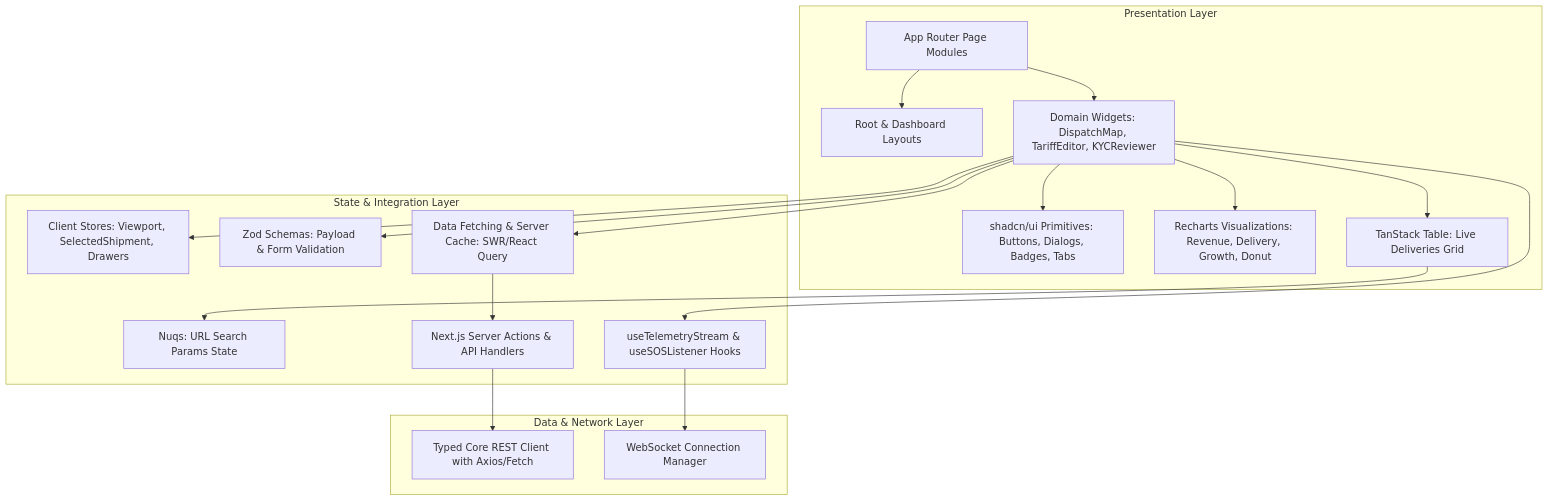
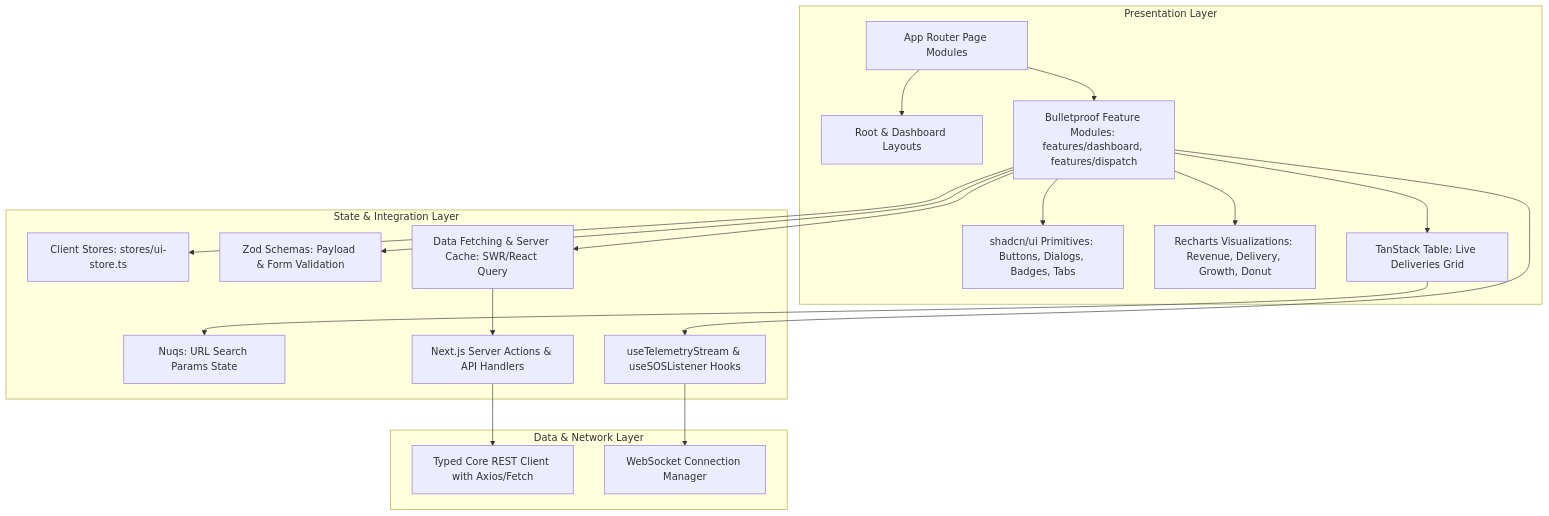
One commit to Racvest-Technology/racvest-admin changed the diagram in SYSTEM_DESIGN.md. Above: the diagram before and after it, drawn with Mermaid. The commit also changed other lines of this file and 28 other files, not shown here.

First line of the commit message:
Refactor project structure to adopt feature-first architecture

````diff
--- a/SYSTEM_DESIGN.md
+++ b/SYSTEM_DESIGN.md
@@ -214,39 +27,39 @@
 ```mermaid
 graph TD
     subgraph Presentation Layer
         Layouts[Root & Dashboard Layouts]
         Pages[App Router Page Modules]
-        Widgets[Domain Widgets: DispatchMap, TariffEditor, KYCReviewer]
+        Features[Bulletproof Feature Modules: features/dashboard, features/dispatch]
         ShadcnUI[shadcn/ui Primitives: Buttons, Dialogs, Badges, Tabs]
         Charts[Recharts Visualizations: Revenue, Delivery, Growth, Donut]
         DataGrid[TanStack Table: Live Deliveries Grid]
     end
 
     subgraph State & Integration Layer
-        ZustandStore[Client Stores: Viewport, SelectedShipment, Drawers]
+        ZustandStore[Client Stores: stores/ui-store.ts]
         NuqsAdapter[Nuqs: URL Search Params State]
         ZodValidator[Zod Schemas: Payload & Form Validation]
         TanStackQuery[Data Fetching & Server Cache: SWR/React Query]
         WSHook[useTelemetryStream & useSOSListener Hooks]
         ServerActions[Next.js Server Actions & API Handlers]
     end
 
     subgraph Data & Network Layer
         CoreClient[Typed Core REST Client with Axios/Fetch]
         TelemetrySocket[WebSocket Connection Manager]
     end
 
     Pages --> Layouts
-    Pages --> Widgets
-    Widgets --> ShadcnUI
-    Widgets --> Charts
-    Widgets --> DataGrid
+    Pages --> Features
+    Features --> ShadcnUI
+    Features --> Charts
+    Features --> DataGrid
     DataGrid --> NuqsAdapter
-    Widgets --> ZustandStore
-    Widgets --> TanStackQuery
-    Widgets --> WSHook
-    Widgets --> ZodValidator
+    Features --> ZustandStore
+    Features --> TanStackQuery
+    Features --> WSHook
+    Features --> ZodValidator
     WSHook --> TelemetrySocket
     TanStackQuery --> ServerActions
     ServerActions --> CoreClient
 ```
````
